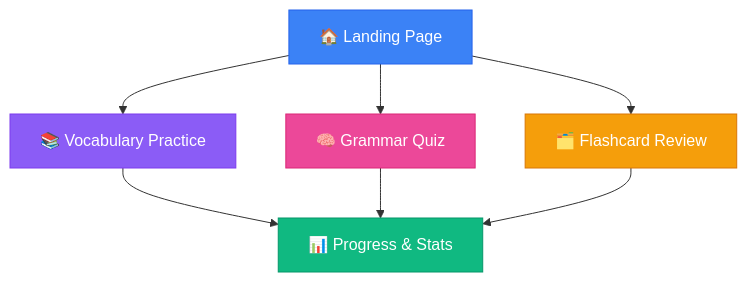
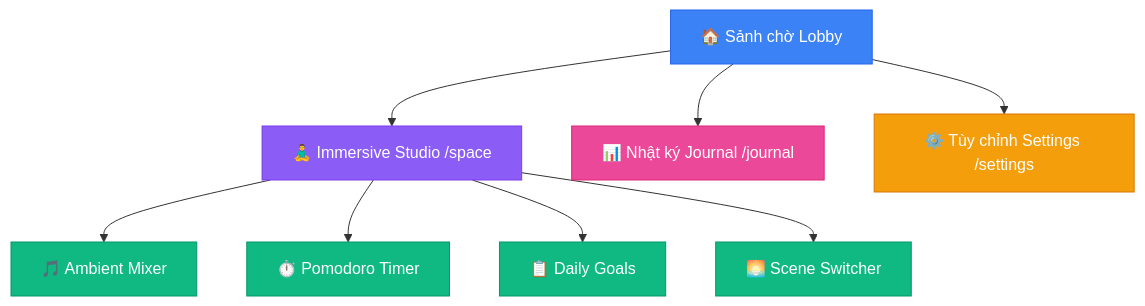
One commit to thanhmati/antigravity-vibe-coding-course changed the diagram in docs/section-07-vibe-coding/README.md. Above: the diagram before and after it, drawn with Mermaid. The commit also changed other lines of this file and 5 other files, not shown here.

````diff
--- a/docs/section-07-vibe-coding/README.md
+++ b/docs/section-07-vibe-coding/README.md
@@ -30,15 +30,20 @@
 ```mermaid
 graph TD
-    LP["🏠 Landing Page"] --> VP["📚 Vocabulary Practice"]
-    LP --> GQ["🧠 Grammar Quiz"]
-    LP --> FR["🗂️ Flashcard Review"]
-    VP --> PS["📊 Progress & Stats"]
-    GQ --> PS
-    FR --> PS
-
-    style LP fill:#3b82f6,stroke:#2563eb,color:#fff
-    style VP fill:#8b5cf6,stroke:#7c3aed,color:#fff
-    style GQ fill:#ec4899,stroke:#db2777,color:#fff
-    style FR fill:#f59e0b,stroke:#d97706,color:#fff
-    style PS fill:#10b981,stroke:#059669,color:#fff
+    LE["🏠 Sảnh chờ Lobby"] --> VS["🧘‍♂️ Immersive Studio /space"]
+    LE --> PJ["📊 Nhật ký Journal /journal"]
+    LE --> CS["⚙️ Tùy chỉnh Settings /settings"]
+    
+    VS --> AM["🎵 Ambient Mixer"]
+    VS --> PT["⏱️ Pomodoro Timer"]
+    VS --> DG["📋 Daily Goals"]
+    VS --> SS["🌅 Scene Switcher"]
+    
+    style LE fill:#3b82f6,stroke:#2563eb,color:#fff
+    style VS fill:#8b5cf6,stroke:#7c3aed,color:#fff
+    style PJ fill:#ec4899,stroke:#db2777,color:#fff
+    style CS fill:#f59e0b,stroke:#d97706,color:#fff
+    style AM fill:#10b981,stroke:#059669,color:#fff
+    style PT fill:#10b981,stroke:#059669,color:#fff
+    style DG fill:#10b981,stroke:#059669,color:#fff
+    style SS fill:#10b981,stroke:#059669,color:#fff
 ```
````
